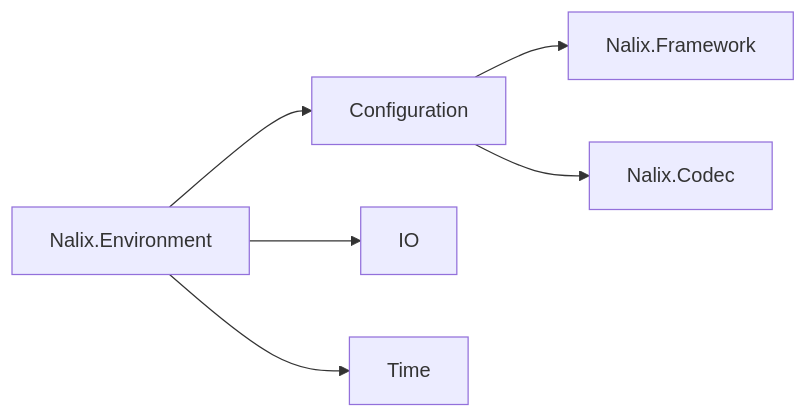
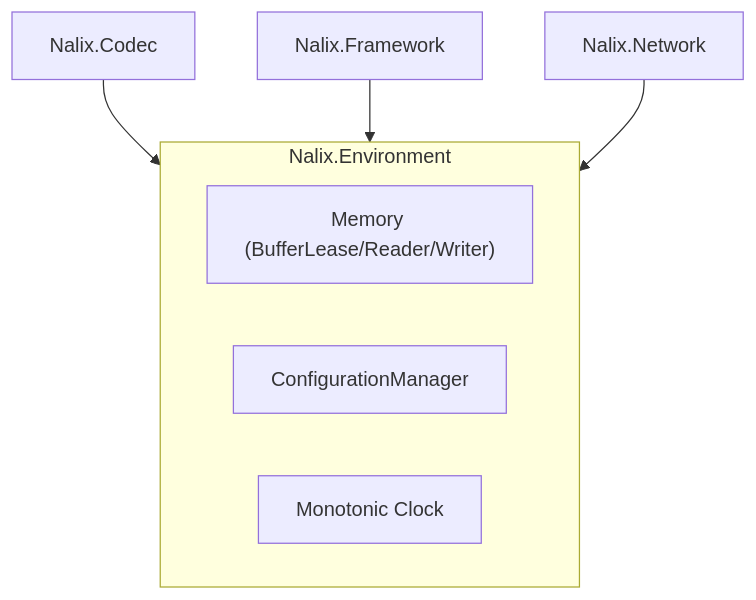
The diagram in docs/packages/nalix-environment.md (ppn-systems/Nalix), drawn with Mermaid before and after one commit. The commit also changed other lines of this file and 69 other files, not shown here.

````diff
--- a/docs/packages/nalix-environment.md
+++ b/docs/packages/nalix-environment.md
@@ -14,8 +15,12 @@
 ```mermaid
-flowchart LR
-    A["Nalix.Environment"] --> B["Configuration"]
-    A --> C["IO"]
-    A --> D["Time"]
-    B --> E["Nalix.Framework"]
-    B --> F["Nalix.Codec"]
+flowchart TD
+    subgraph Base ["Nalix.Environment"]
+        Memory["Memory (BufferLease/Reader/Writer)"]
+        Config["ConfigurationManager"]
+        Time["Monotonic Clock"]
+    end
+
+    Codec["Nalix.Codec"] --> Base
+    Framework["Nalix.Framework"] --> Base
+    Network["Nalix.Network"] --> Base
 ```
````
